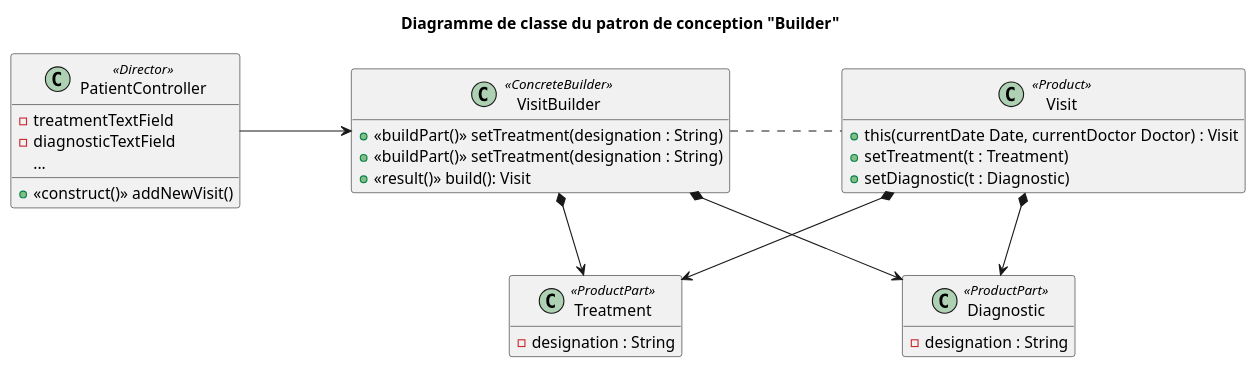
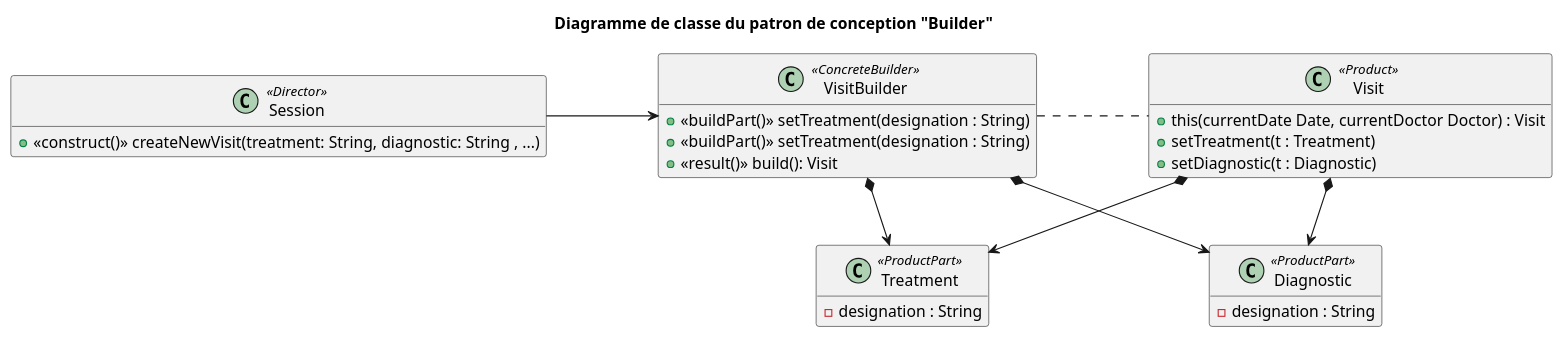
Before and after one commit to fethiuqam/INF5153-Projet-Session: the diagram in models/Diagramme_Pattern/Pattern_builder/class_diagram.puml, drawn with PlantUML. The commit also changed 14 other files, not shown here.

Commit message:
mise a jour des diagrammes des patern

```diff
--- a/models/Diagramme_Pattern/Pattern_builder/class_diagram.puml
+++ b/models/Diagramme_Pattern/Pattern_builder/class_diagram.puml
@@ -1,50 +1,44 @@
 @startuml
 
 
 skinparam  nodesep 100
 
 hide empty members
 title Diagramme de classe du patron de conception "Builder"
 
 
-class PatientController <<Director>> {
-  - treatmentTextField
-  - diagnosticTextField
-  ...
-  + <<construct()>> addNewVisit()
+class Session <<Director>> {
+  + <<construct()>> createNewVisit(treatment: String, diagnostic: String , ...)
 }
 
 
 
 class VisitBuilder <<ConcreteBuilder>> {
-
   + <<buildPart()>> setTreatment(designation : String)
   + <<buildPart()>> setTreatment(designation : String)
   + <<result()>> build(): Visit
 }
 
 class Visit <<Product>>{
   + this(currentDate Date, currentDoctor Doctor) : Visit
   + setTreatment(t : Treatment)
   + setDiagnostic(t : Diagnostic)
 }
 
 class Treatment <<ProductPart>> {
   - designation : String
 }
 class Diagnostic <<ProductPart>> {
  - designation : String
 }
 
-PatientController ->  VisitBuilder
+Session ->  VisitBuilder
 
 VisitBuilder . Visit
 VisitBuilder *--> Treatment
 VisitBuilder *--> Diagnostic
 
-
-
 Visit *--> Treatment
 Visit *--> Diagnostic
 
 @enduml
```
